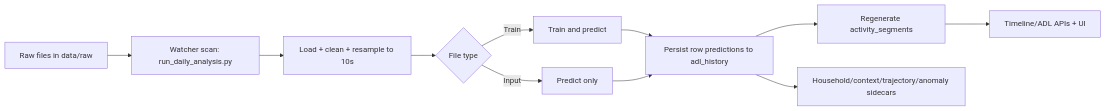
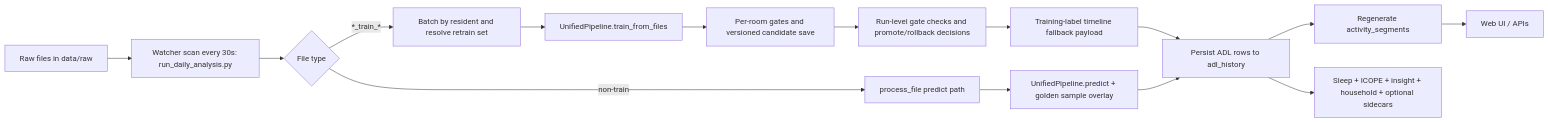
Before and after one commit to uustortoise/Beta_6: the diagram in user's manual/data_flow_logic.md, drawn with Mermaid. The commit also changed other lines of this file and 60 other files, not shown here.

````diff
--- a/user's manual/data_flow_logic.md
+++ b/user's manual/data_flow_logic.md
@@ -11,13 +11,17 @@
 ```mermaid
 flowchart LR
-  A[Raw files in data/raw] --> B[Watcher scan: run_daily_analysis.py]
-  B --> C[Load + clean + resample to 10s]
-  C --> D{File type}
-  D -->|Train| E[Train and predict]
-  D -->|Input| F[Predict only]
-  E --> G[Persist row predictions to adl_history]
-  F --> G
-  G --> H[Regenerate activity_segments]
-  H --> I[Timeline/ADL APIs + UI]
-  G --> J[Household/context/trajectory/anomaly sidecars]
+  A[Raw files in data/raw] --> B[Watcher scan every 30s: run_daily_analysis.py]
+  B --> C{File type}
+  C -->|*_train_*| D[Batch by resident and resolve retrain set]
+  C -->|non-train| E[process_file predict path]
+  D --> F[UnifiedPipeline.train_from_files]
+  F --> G[Per-room gates and versioned candidate save]
+  G --> H[Run-level gate checks and promote/rollback decisions]
+  H --> I[Training-label timeline fallback payload]
+  E --> J[UnifiedPipeline.predict + golden sample overlay]
+  I --> K[Persist ADL rows to adl_history]
+  J --> K
+  K --> L[Regenerate activity_segments]
+  L --> M[Web UI / APIs]
+  K --> N[Sleep + ICOPE + insight + household + optional sidecars]
 ```
````
